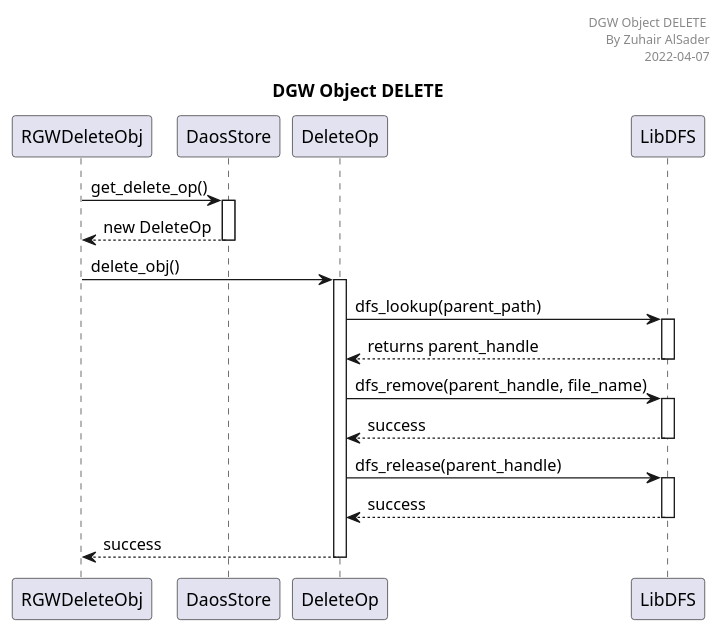
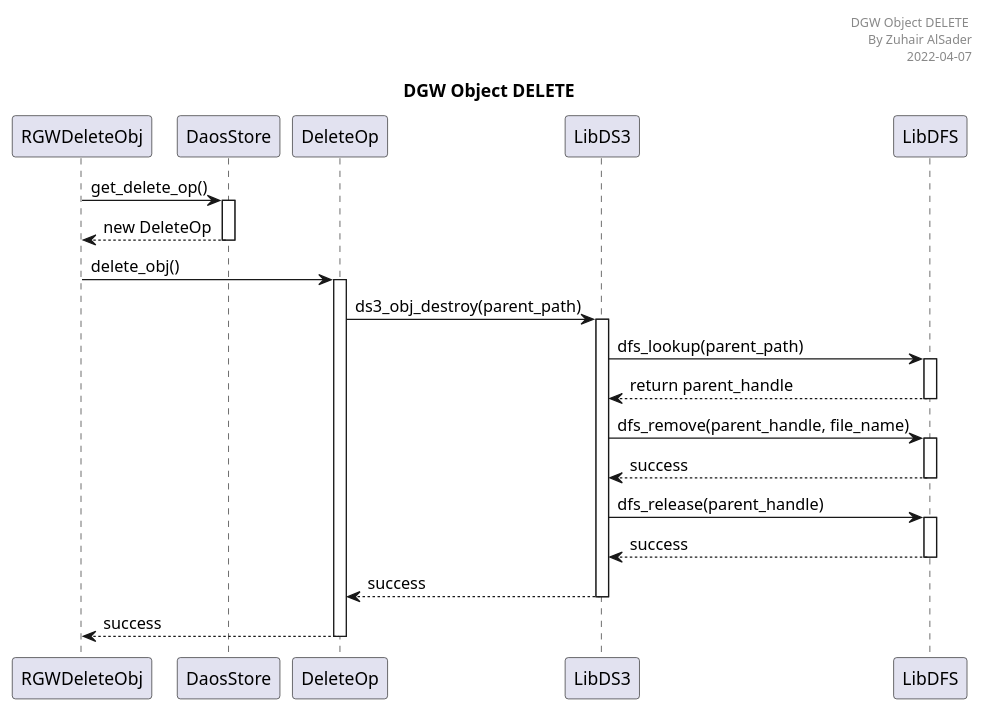
Before and after one commit to zalsader/DGW-ops: the diagram in DGW_Object_DELETE.plantuml, drawn with PlantUML. The commit also changed 2 other files, not shown here.

Commit message:
Update charts for libds3

```diff
--- a/DGW_Object_DELETE.plantuml
+++ b/DGW_Object_DELETE.plantuml
@@ -1,28 +1,31 @@
 @startuml DGW Object DELETE
 
 header DGW Object DELETE \n By Zuhair AlSader\n2022-04-07
 title DGW Object DELETE
 
 participant "RGWDeleteObj" as rgw
 participant "DaosStore" as store
 participant "DeleteOp" as deleteop
+participant "LibDS3" as libds3
 participant "LibDFS" as libdfs
 
 autoactivate on
 
 rgw -> store: get_delete_op()
 store --> rgw: new DeleteOp
 
 
 rgw -> deleteop: delete_obj()
-deleteop -> libdfs: dfs_lookup(parent_path)
-libdfs --> deleteop: returns parent_handle
+deleteop -> libds3: ds3_obj_destroy(parent_path)
+libds3 -> libdfs: dfs_lookup(parent_path)
+libdfs --> libds3: return parent_handle
 
-deleteop-> libdfs: dfs_remove(parent_handle, file_name)
-libdfs --> deleteop: success
+libds3-> libdfs: dfs_remove(parent_handle, file_name)
+libdfs --> libds3: success
 
-deleteop -> libdfs: dfs_release(parent_handle)
-libdfs --> deleteop: success
+libds3 -> libdfs: dfs_release(parent_handle)
+libdfs --> libds3: success
+libds3 --> deleteop: success
 deleteop --> rgw: success
 
 @enduml
```
